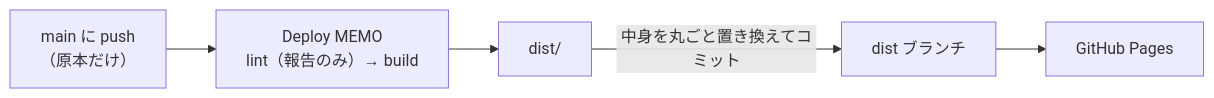
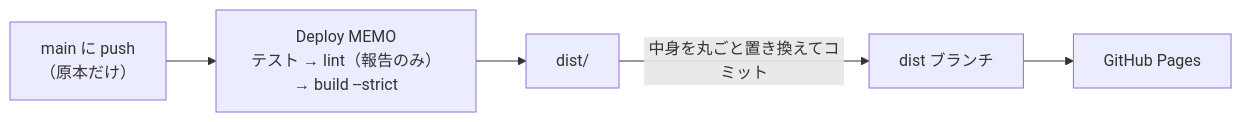
One commit to taka1156/memo-kit changed the ninth of 10 diagrams in memo-detail.md. Above: the diagram before and after it, drawn with Mermaid. The commit also changed other lines of this file and 16 other files, not shown here.

First line of the commit message:
すぐ効く修正: 公開前のテスト・公開ファイルの許可リスト・push 手順の安全化・memo-kit との同期

````diff
--- a/memo-detail.md
+++ b/memo-detail.md
@@ -456,7 +460,7 @@
 ```mermaid
 flowchart LR
-  push["main に push<br/>（原本だけ）"] --> b["Deploy MEMO<br/>lint（報告のみ）→ build"]
+  push["main に push<br/>（原本だけ）"] --> b["Deploy MEMO<br/>テスト → lint（報告のみ）→ build --strict"]
   b --> d["dist/"]
   d -->|"中身を丸ごと置き換えてコミット"| br["dist ブランチ"]
   br --> pages["GitHub Pages"]
 ```
````
